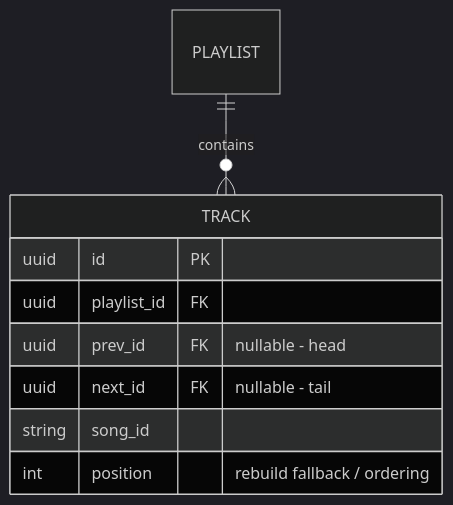
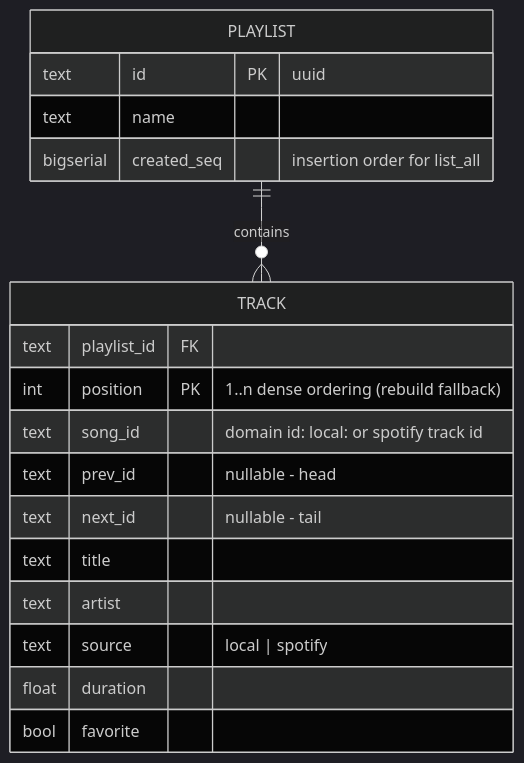
The fifth of 5 diagrams in docs/architecture.md (miguelcebing/Reproductor-de-musica-MigMusic), drawn with Mermaid (dark theme) before and after one commit. The commit also changed other lines of this file and 13 other files, not shown here.

````diff
--- a/docs/architecture.md
+++ b/docs/architecture.md
@@ -199,12 +201,21 @@
 ```mermaid
 erDiagram
     PLAYLIST ||--o{ TRACK : contains
+    PLAYLIST {
+        text id PK "uuid"
+        text name
+        bigserial created_seq "insertion order for list_all"
+    }
     TRACK {
-        uuid id PK
-        uuid playlist_id FK
-        uuid prev_id FK "nullable - head"
-        uuid next_id FK "nullable - tail"
-        string song_id
-        int position "rebuild fallback / ordering"
+        text playlist_id FK
+        int position PK "1..n dense ordering (rebuild fallback)"
+        text song_id "domain id: local:<uuid> or spotify track id"
+        text prev_id "nullable - head"
+        text next_id "nullable - tail"
+        text title
+        text artist
+        text source "local | spotify"
+        float duration
+        bool favorite
     }
 ```
````
